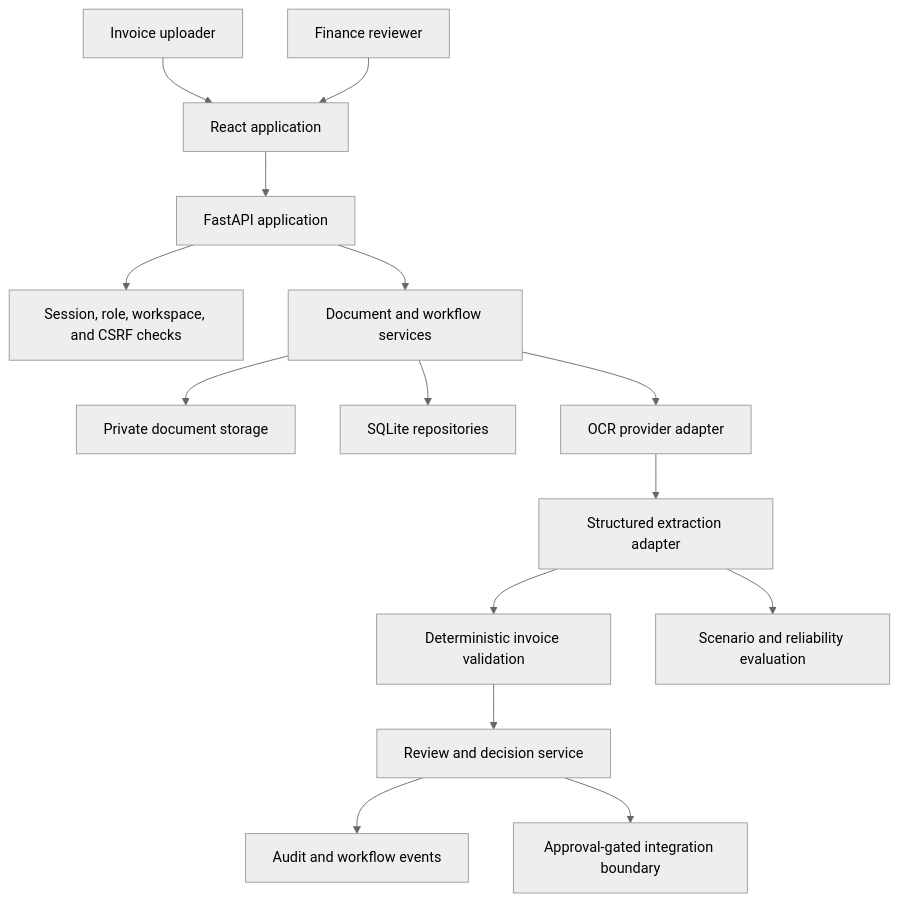
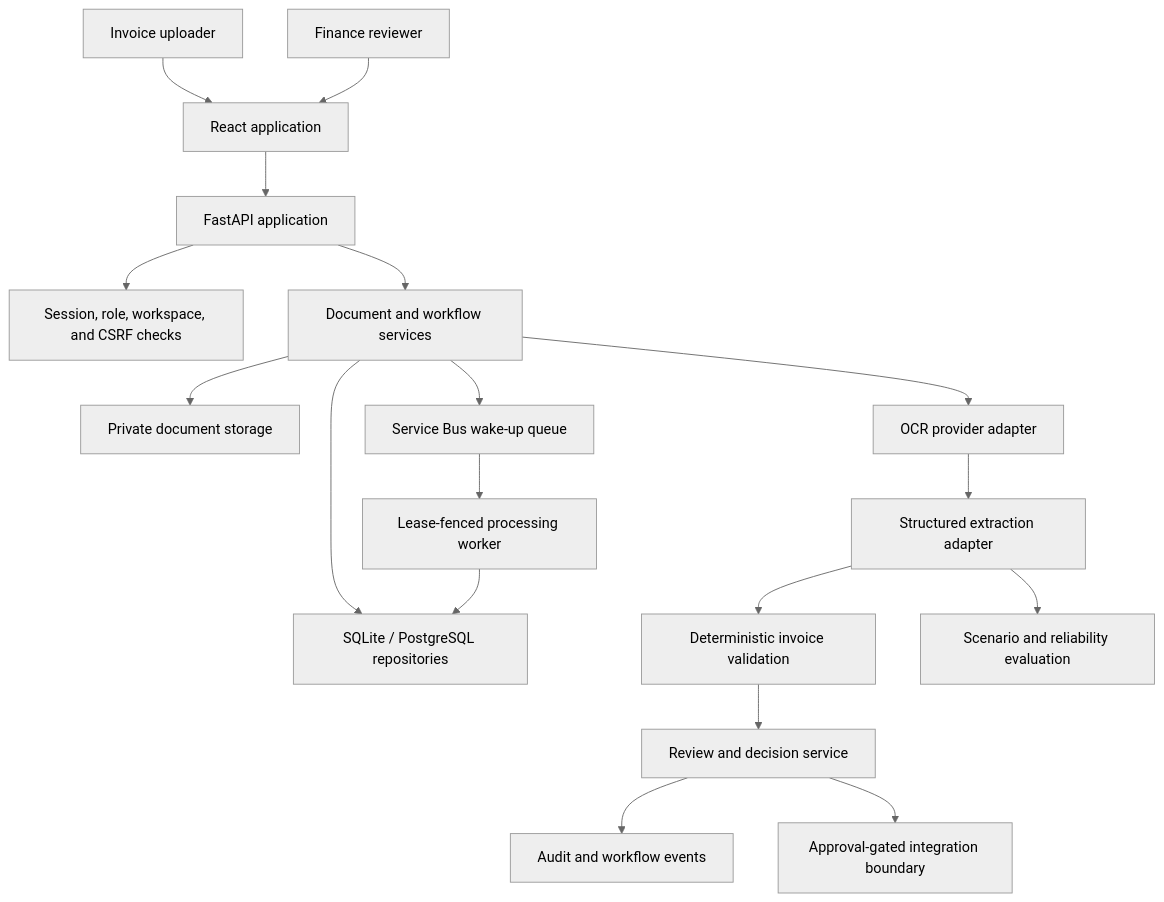
The diagram in ARCHITECTURE.md (williamlo90/ai-document-ops-system), drawn with Mermaid (neutral theme) before and after one commit. The commit also changed other lines of this file and 63 other files, not shown here.

````diff
--- a/ARCHITECTURE.md
+++ b/ARCHITECTURE.md
@@ -10,17 +10,20 @@
 ```mermaid
 flowchart TB
     U["Invoice uploader"] --> UI["React application"]
     R["Finance reviewer"] --> UI
     UI --> API["FastAPI application"]
     API --> AUTH["Session, role, workspace, and CSRF checks"]
     API --> DOCS["Document and workflow services"]
     DOCS --> FILES["Private document storage"]
-    DOCS --> DB["SQLite repositories"]
+    DOCS --> DB["SQLite / PostgreSQL repositories"]
+    DOCS --> BUS["Service Bus wake-up queue"]
+    BUS --> WORKER["Lease-fenced processing worker"]
+    WORKER --> DB
     DOCS --> OCR["OCR provider adapter"]
     OCR --> EXTRACT["Structured extraction adapter"]
     EXTRACT --> VALIDATE["Deterministic invoice validation"]
     VALIDATE --> REVIEW["Review and decision service"]
     REVIEW --> AUDIT["Audit and workflow events"]
     REVIEW --> EXPORT["Approval-gated integration boundary"]
     EXTRACT --> EVAL["Scenario and reliability evaluation"]
 ```
````
